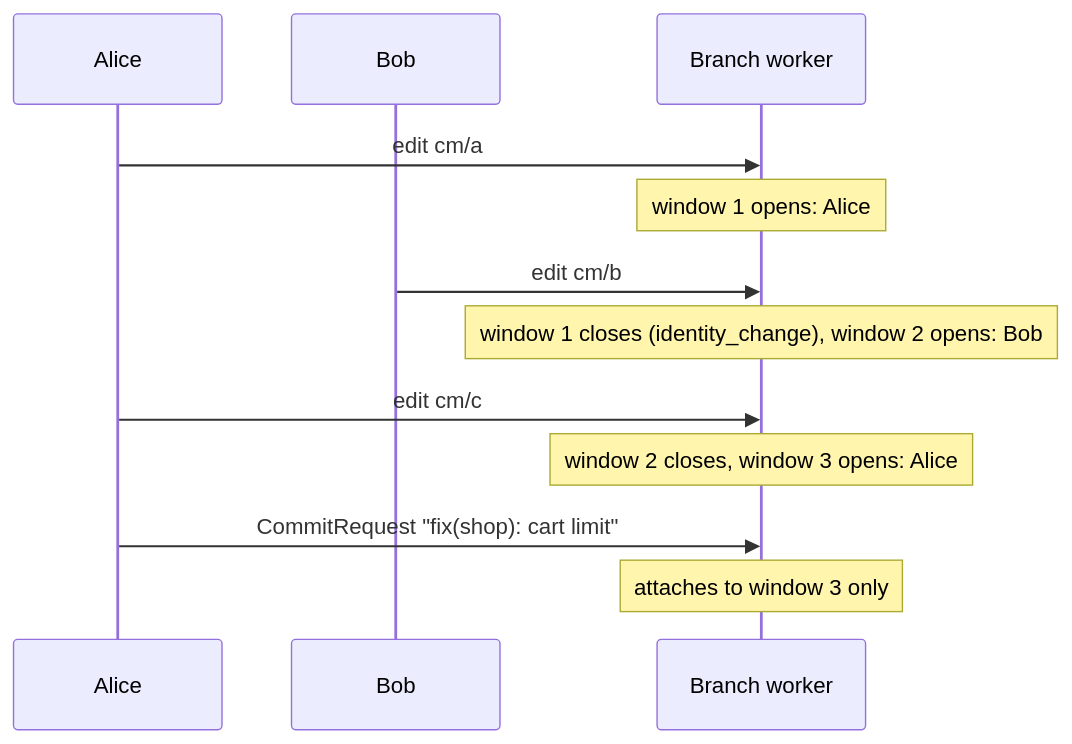
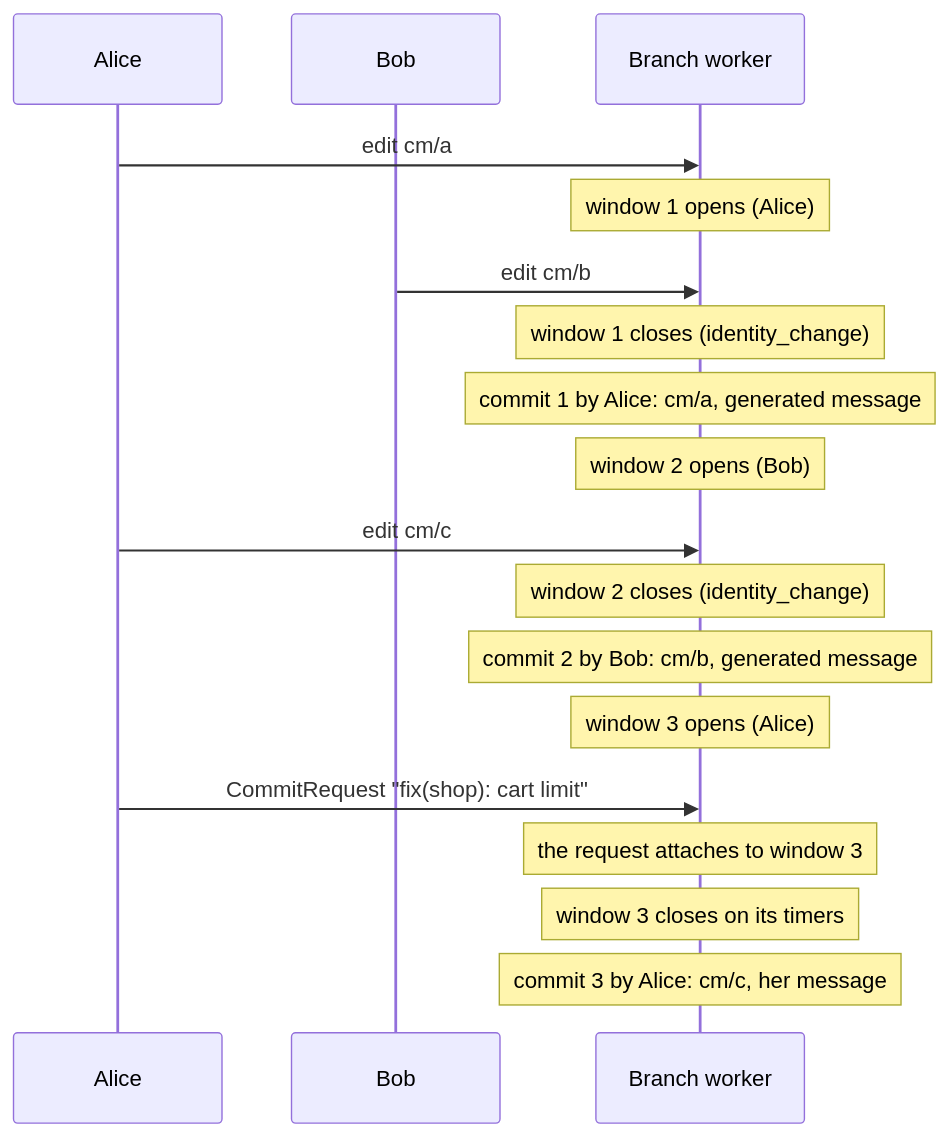
The first of 2 diagrams in docs/design/concurrent-author-windows.md (ConfigButler/gitops-reverser), drawn with Mermaid before and after one commit. The commit also changed other lines of this file and 63 other files, not shown here.

````diff
--- a/docs/design/concurrent-author-windows.md
+++ b/docs/design/concurrent-author-windows.md
@@ -15,14 +22,20 @@
 ```mermaid
 sequenceDiagram
     participant A as Alice
     participant B as Bob
     participant W as Branch worker
     A->>W: edit cm/a
-    Note over W: window 1 opens: Alice
+    Note over W: window 1 opens (Alice)
     B->>W: edit cm/b
-    Note over W: window 1 closes (identity_change), window 2 opens: Bob
+    Note over W: window 1 closes (identity_change)
+    Note over W: commit 1 by Alice: cm/a, generated message
+    Note over W: window 2 opens (Bob)
     A->>W: edit cm/c
-    Note over W: window 2 closes, window 3 opens: Alice
+    Note over W: window 2 closes (identity_change)
+    Note over W: commit 2 by Bob: cm/b, generated message
+    Note over W: window 3 opens (Alice)
     A->>W: CommitRequest "fix(shop): cart limit"
-    Note over W: attaches to window 3 only
+    Note over W: the request attaches to window 3
+    Note over W: window 3 closes on its timers
+    Note over W: commit 3 by Alice: cm/c, her message
 ```
````
